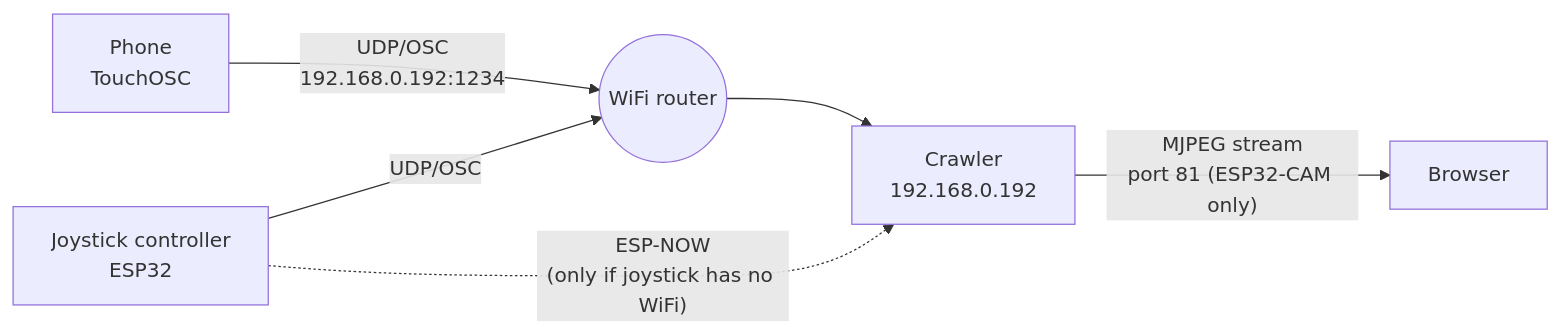
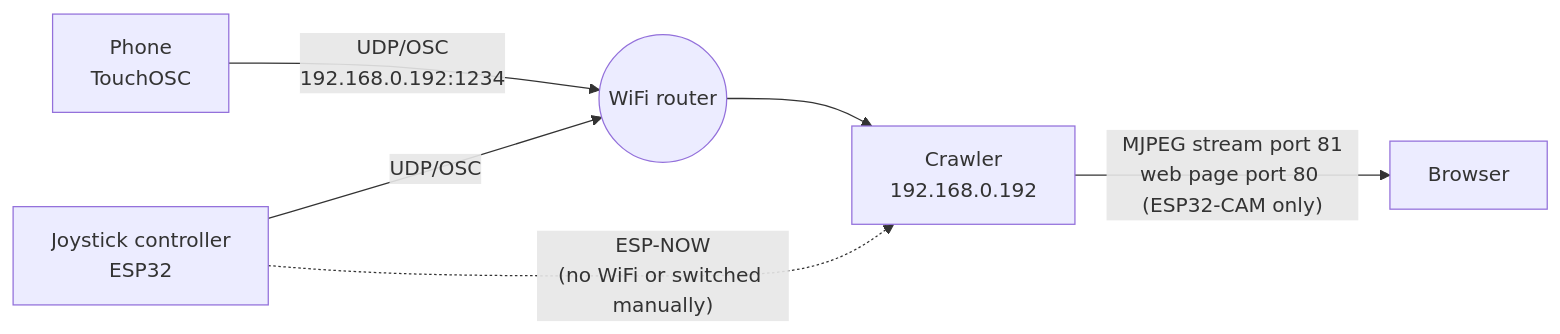
The first of 2 diagrams in README.md (smily77/Crawler), drawn with Mermaid before and after one commit. The commit also changed other lines of this file and 8 other files, not shown here.

````diff
--- a/README.md
+++ b/README.md
@@ -35,8 +36,8 @@
 ```mermaid
 flowchart LR
     H["Phone<br/>TouchOSC"] -- "UDP/OSC<br/>192.168.0.192:1234" --> R(("WiFi router"))
     J["Joystick controller<br/>ESP32"] -- "UDP/OSC" --> R
     R --> C["Crawler<br/>192.168.0.192"]
-    J -. "ESP-NOW<br/>(only if joystick has no WiFi)" .-> C
-    C -- "MJPEG stream<br/>port 81 (ESP32-CAM only)" --> B["Browser"]
+    J -. "ESP-NOW<br/>(no WiFi or switched manually)" .-> C
+    C -- "MJPEG stream port 81<br/>web page port 80 (ESP32-CAM only)" --> B["Browser"]
 ```
````
